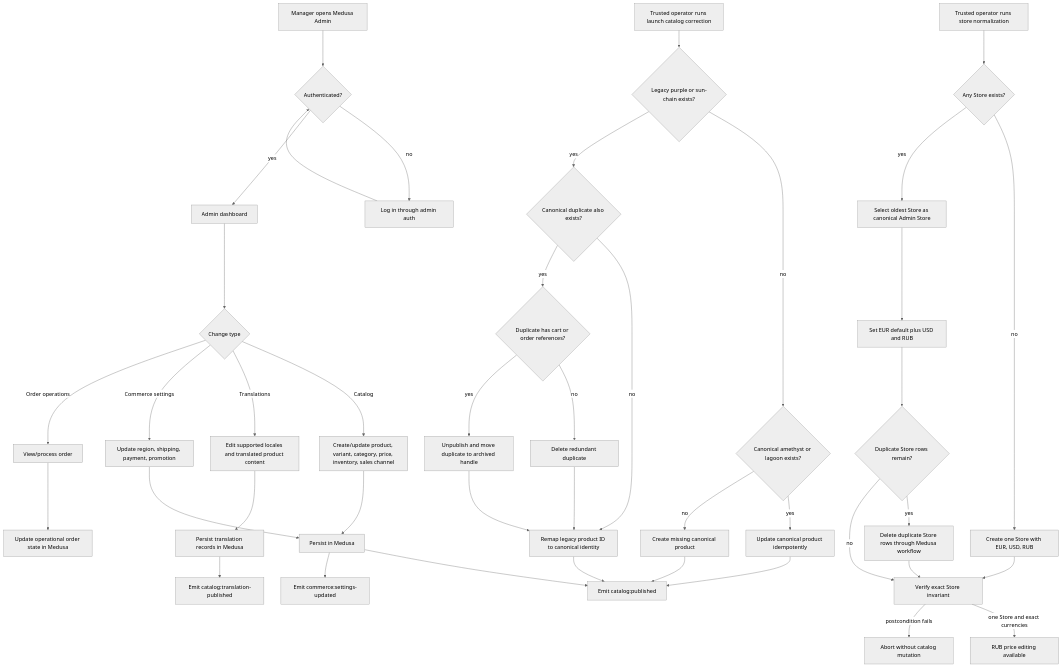
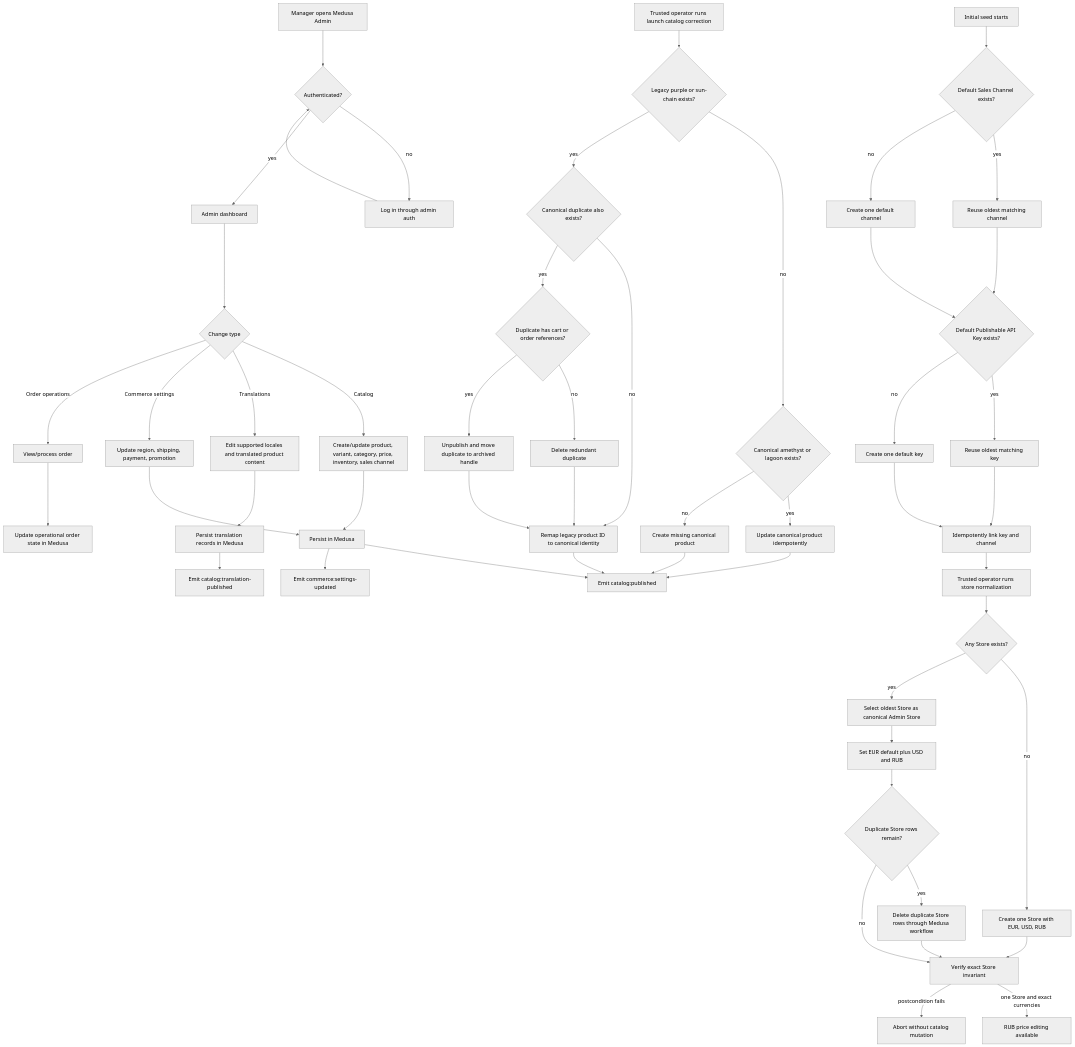
One commit to AtoshaKartosha/sunluk changed the first of 3 diagrams in flows/features/admin-operations.md. Above: the diagram before and after it, drawn with Mermaid (neutral theme). The commit also changed other lines of this file, not shown here.

Commit message:
docs(flows): approve seed bootstrap reuse

````diff
--- a/flows/features/admin-operations.md
+++ b/flows/features/admin-operations.md
@@ -54,44 +56,54 @@
 ```mermaid
 flowchart TD
   Start[Manager opens Medusa Admin] --> Auth{Authenticated?}
   Auth -->|no| Login[Log in through admin auth]
   Login --> Auth
   Auth -->|yes| Dashboard[Admin dashboard]
   Dashboard --> ChangeType{Change type}
   ChangeType -->|Catalog| Catalog[Create/update product, variant, category, price, inventory, sales channel]
   ChangeType -->|Translations| Translations[Edit supported locales and translated product content]
   ChangeType -->|Commerce settings| Settings[Update region, shipping, payment, promotion]
   ChangeType -->|Order operations| Orders[View/process order]
   Catalog --> Publish[Persist in Medusa]
   Translations --> PublishTranslations[Persist translation records in Medusa]
   Settings --> Publish
   Publish --> NotifyCatalog[Emit catalog:published]
   PublishTranslations --> NotifyLocalization[Emit catalog:translation-published]
   Publish --> NotifyCheckout[Emit commerce:settings-updated]
   Orders --> OrderState[Update operational order state in Medusa]
   Migration[Trusted operator runs launch catalog correction] --> Legacy{Legacy purple or sun-chain exists?}
   Legacy -->|no| Canonical{Canonical amethyst or lagoon exists?}
   Canonical -->|yes| UpdateCanonical[Update canonical product idempotently]
   Canonical -->|no| CreateCanonical[Create missing canonical product]
   Legacy -->|yes| Duplicate{Canonical duplicate also exists?}
   Duplicate -->|no| RemapLegacy[Remap legacy product ID to canonical identity]
   Duplicate -->|yes| Referenced{Duplicate has cart or order references?}
   Referenced -->|no| DeleteDuplicate[Delete redundant duplicate]
   Referenced -->|yes| ArchiveDuplicate[Unpublish and move duplicate to archived handle]
   DeleteDuplicate --> RemapLegacy
   ArchiveDuplicate --> RemapLegacy
   RemapLegacy --> NotifyCatalog
   UpdateCanonical --> NotifyCatalog
   CreateCanonical --> NotifyCatalog
+  SeedBootstrap[Initial seed starts] --> ChannelExists{Default Sales Channel exists?}
+  ChannelExists -->|yes| ReuseChannel[Reuse oldest matching channel]
+  ChannelExists -->|no| CreateChannel[Create one default channel]
+  ReuseChannel --> KeyExists{Default Publishable API Key exists?}
+  CreateChannel --> KeyExists
+  KeyExists -->|yes| ReuseKey[Reuse oldest matching key]
+  KeyExists -->|no| CreateKey[Create one default key]
+  ReuseKey --> LinkDefaults[Idempotently link key and channel]
+  CreateKey --> LinkDefaults
+  LinkDefaults --> StoreMigration
   StoreMigration[Trusted operator runs store normalization] --> StoreExists{Any Store exists?}
   StoreExists -->|no| CreateStore[Create one Store with EUR, USD, RUB]
   StoreExists -->|yes| SelectStore[Select oldest Store as canonical Admin Store]
   SelectStore --> UpdateCurrencies[Set EUR default plus USD and RUB]
   UpdateCurrencies --> ExtraStores{Duplicate Store rows remain?}
   ExtraStores -->|yes| DeleteStores[Delete duplicate Store rows through Medusa workflow]
   ExtraStores -->|no| VerifyStore[Verify exact Store invariant]
   DeleteStores --> VerifyStore
   CreateStore --> VerifyStore
   VerifyStore -->|one Store and exact currencies| StoreReady[RUB price editing available]
   VerifyStore -->|postcondition fails| StoreRejected[Abort without catalog mutation]
 ```
````
